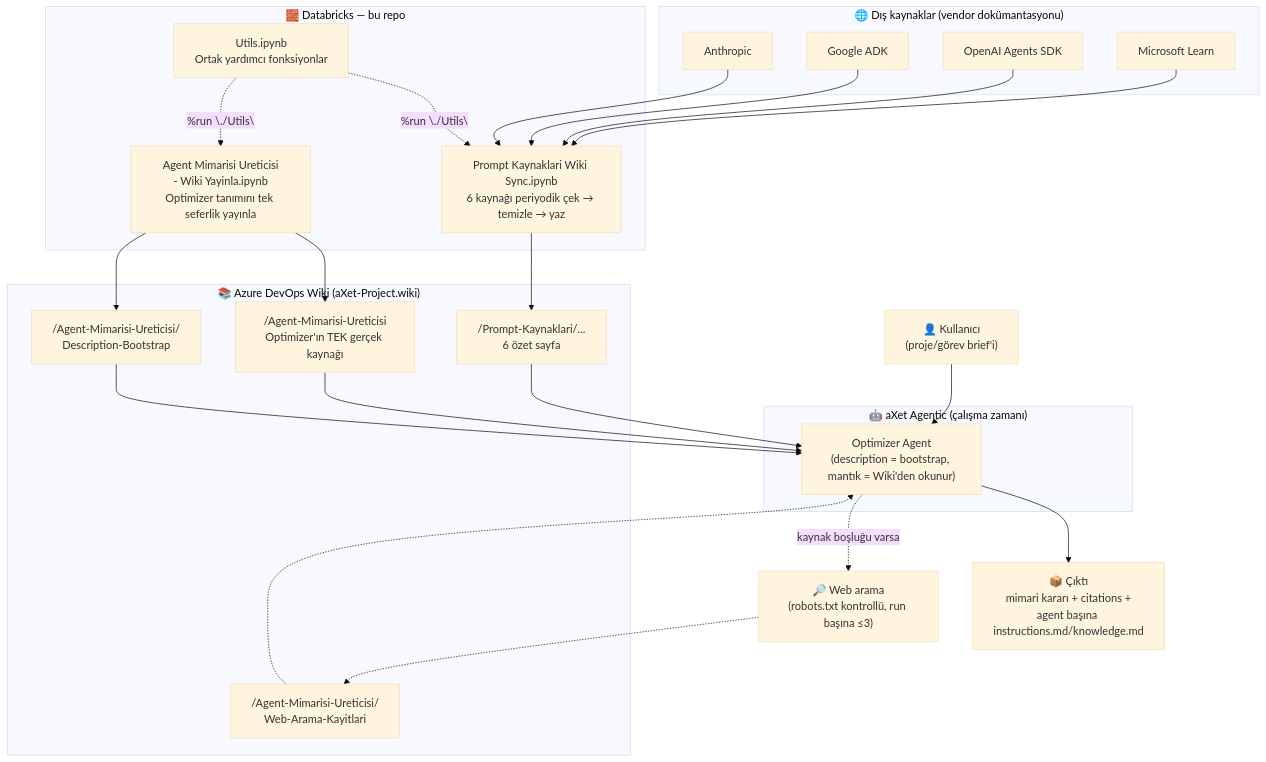
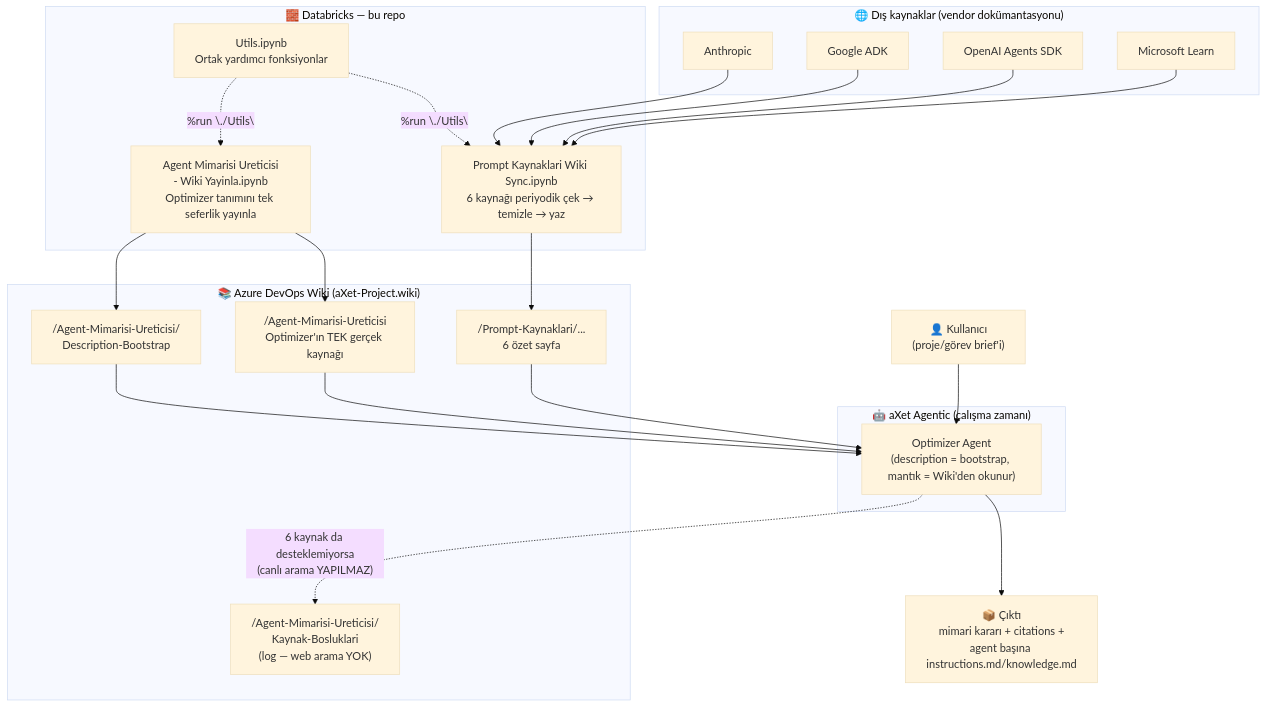
The first of 2 diagrams in README.md (0zan0zer/aXet-Project), drawn with Mermaid (base theme) before and after one commit. The commit also changed other lines of this file and 2 other files, not shown here.

First line of the commit message:
Optimizer v0.11: web arama fallback'i kaldir, kaynak boslugu log'lama ekle

````diff
--- a/README.md
+++ b/README.md
@@ -45,42 +45,41 @@
 ```mermaid
 flowchart TB
     subgraph DB["🧱 Databricks — bu repo"]
         U["Utils.ipynb\nOrtak yardımcı fonksiyonlar"]
         S["Prompt Kaynaklari Wiki Sync.ipynb\n6 kaynağı periyodik çek → temizle → yaz"]
         P["Agent Mimarisi Ureticisi\n- Wiki Yayinla.ipynb\nOptimizer tanımını tek seferlik yayınla"]
     end
 
     subgraph EXT["🌐 Dış kaynaklar (vendor dokümantasyonu)"]
         V1["Anthropic"]
         V2["Google ADK"]
         V3["OpenAI Agents SDK"]
         V4["Microsoft Learn"]
     end
 
     subgraph WIKI["📚 Azure DevOps Wiki (aXet-Project.wiki)"]
         WP["/Prompt-Kaynaklari/...\n6 özet sayfa"]
         WO["/Agent-Mimarisi-Ureticisi\nOptimizer'ın TEK gerçek kaynağı"]
         WB["/Agent-Mimarisi-Ureticisi/\nDescription-Bootstrap"]
-        WL["/Agent-Mimarisi-Ureticisi/\nWeb-Arama-Kayitlari"]
+        WG["/Agent-Mimarisi-Ureticisi/\nKaynak-Bosluklari\n(log — web arama YOK)"]
     end
 
     subgraph AG["🤖 aXet Agentic (çalışma zamanı)"]
         OPT["Optimizer Agent\n(description = bootstrap, mantık = Wiki'den okunur)"]
     end
 
     USER["👤 Kullanıcı\n(proje/görev brief'i)"]
     OUT["📦 Çıktı\nmimari kararı + citations +\nagent başına instructions.md/knowledge.md"]
 
     V1 & V2 & V3 & V4 --> S --> WP
     P --> WO
     P --> WB
     U -.->|"%run \"./Utils\""| S
     U -.->|"%run \"./Utils\""| P
 
     WB --> OPT
     WO --> OPT
     WP --> OPT
     USER --> OPT --> OUT
-    OPT -.->|"kaynak boşluğu varsa"| WEBSEARCH["🔎 Web arama\n(robots.txt kontrollü, run başına ≤3)"]
-    WEBSEARCH -.-> WL -.-> OPT
+    OPT -.->|"6 kaynak da desteklemiyorsa\n(canlı arama YAPILMAZ)"| WG
 ```
````
